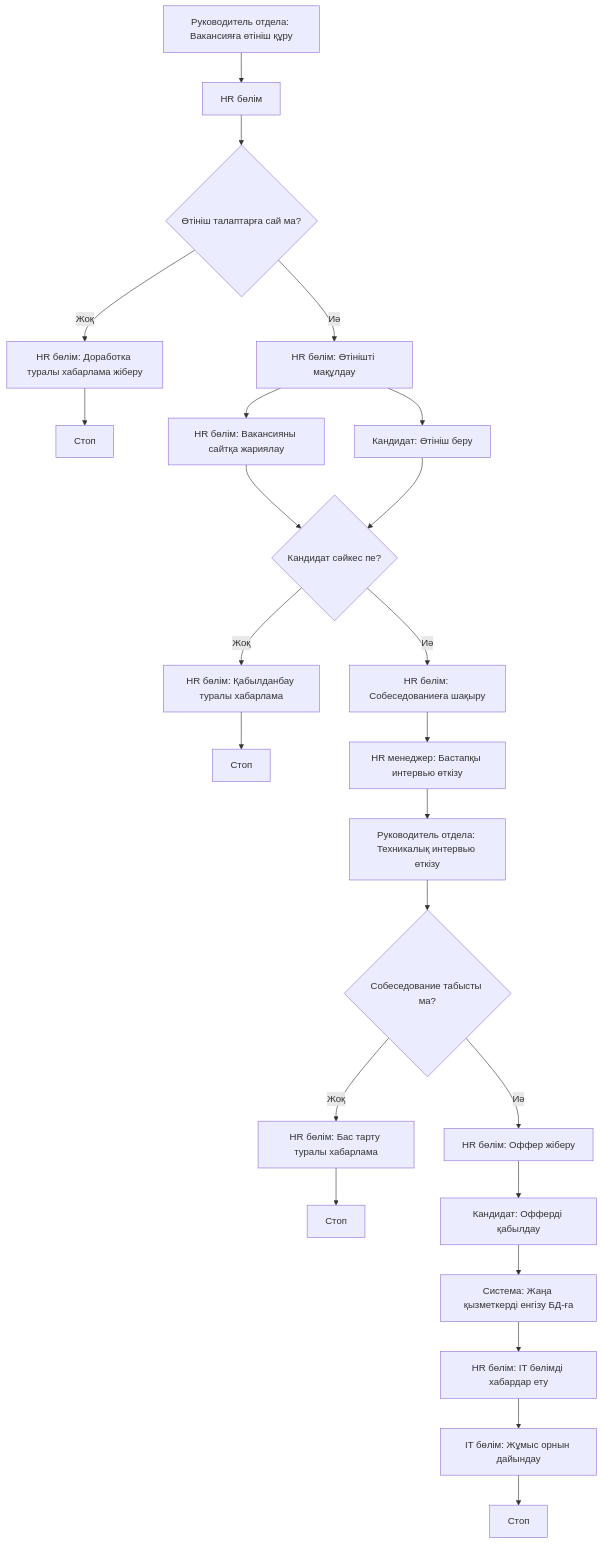
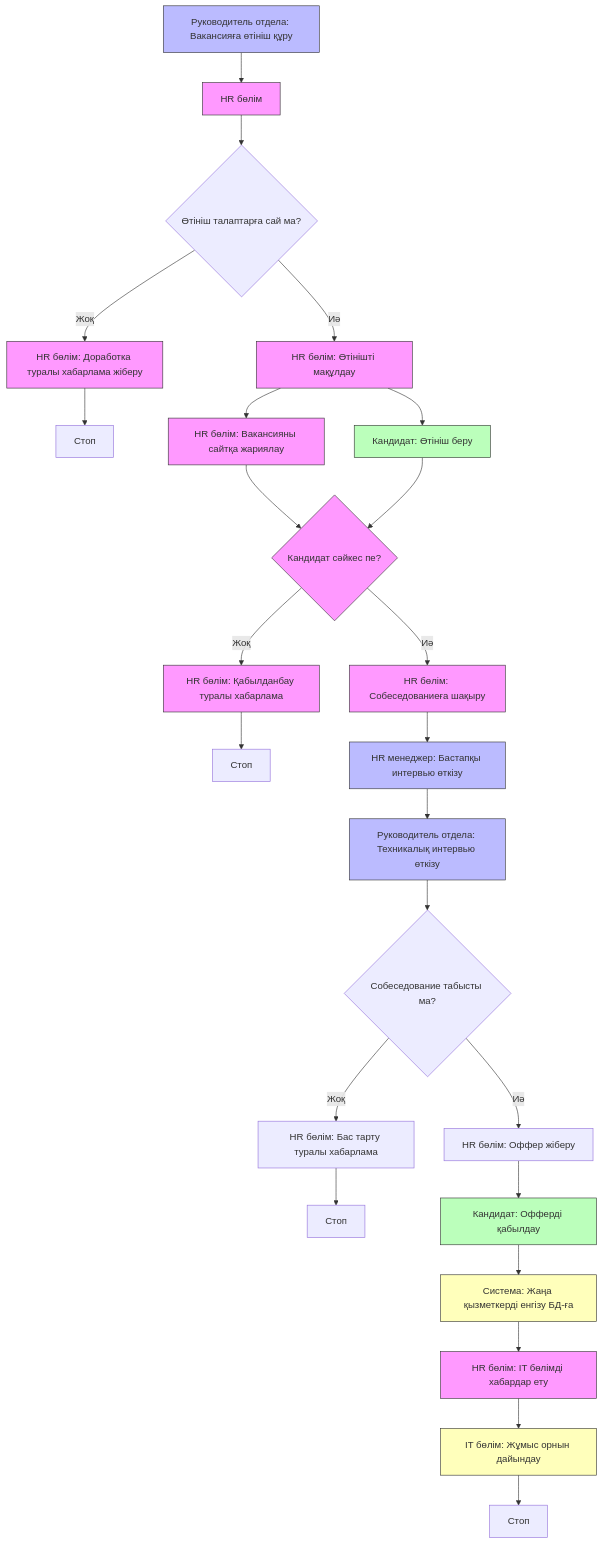
The diagram in diagram2.md (Aidann07/homework12), drawn with Mermaid before and after one commit.

````diff
--- a/diagram2.md
+++ b/diagram2.md
@@ -1,49 +1,57 @@
 ```mermaid
 flowchart TD
-    %% Swimlanes note ретінде көрсетіледі
-
     %% Руководитель отдела
     A1["Руководитель отдела: Вакансияға өтініш құру"] --> B1["HR бөлім"]
 
-    %% HR бөлім
+    %% HR бөлім: өтініш тексеру
     B1 --> C1{Өтініш талаптарға сай ма?}
     C1 -- Иә --> D1["HR бөлім: Өтінішті мақұлдау"]
     C1 -- Жоқ --> E1["HR бөлім: Доработка туралы хабарлама жіберу"]
     E1 --> STOP1[Стоп]
 
     %% Fork: Вакансия жариялау / Кандидат өтініш беру
     D1 --> F1["HR бөлім: Вакансияны сайтқа жариялау"]
     D1 --> G1["Кандидат: Өтініш беру"]
 
-    %% HR бөлім
+    %% HR бөлім: кандидат тексеру
     F1 & G1 --> H1{Кандидат сәйкес пе?}
     H1 -- Иә --> I1["HR бөлім: Собеседованиеға шақыру"]
     H1 -- Жоқ --> J1["HR бөлім: Қабылданбау туралы хабарлама"]
     J1 --> STOP2[Стоп]
 
-    %% HR менеджер
+    %% HR менеджер: бастапқы интервью
     I1 --> K1["HR менеджер: Бастапқы интервью өткізу"]
 
-    %% Руководитель отдела
+    %% Руководитель отдела: техникалық интервью
     K1 --> L1["Руководитель отдела: Техникалық интервью өткізу"]
 
-    %% Сәтті / сәтсіз
+    %% Собеседование нәтижесі
     L1 --> M1{Собеседование табысты ма?}
     M1 -- Иә --> N1["HR бөлім: Оффер жіберу"]
     M1 -- Жоқ --> O1["HR бөлім: Бас тарту туралы хабарлама"]
     O1 --> STOP3[Стоп]
 
     %% Кандидат
     N1 --> P1["Кандидат: Офферді қабылдау"]
 
-    %% Система
+    %% Система: жаңа қызметкерді қосу
     P1 --> Q1["Система: Жаңа қызметкерді енгізу БД-ға"]
 
-    %% HR бөлім
+    %% HR бөлім: IT хабардар ету
     Q1 --> R1["HR бөлім: IT бөлімді хабардар ету"]
 
-    %% IT бөлім
+    %% IT бөлім: жұмыс орнын дайындау
     R1 --> S1["IT бөлім: Жұмыс орнын дайындау"]
     S1 --> STOP4[Стоп]
 
+    %% Style ұсыныстар (міндетті емес, визуалды жақсарту үшін)
+    classDef HR fill:#f9f,stroke:#333,stroke-width:1px;
+    classDef Manager fill:#bbf,stroke:#333,stroke-width:1px;
+    classDef Candidate fill:#bfb,stroke:#333,stroke-width:1px;
+    classDef System fill:#ffb,stroke:#333,stroke-width:1px;
+    class B1,D1,E1,F1,H1,I1,J1,R1 HR;
+    class A1,K1,L1 Manager;
+    class G1,P1 Candidate;
+    class Q1,S1 System;
+
 ```
````
